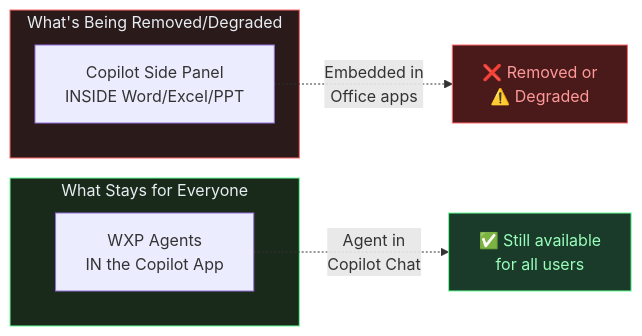
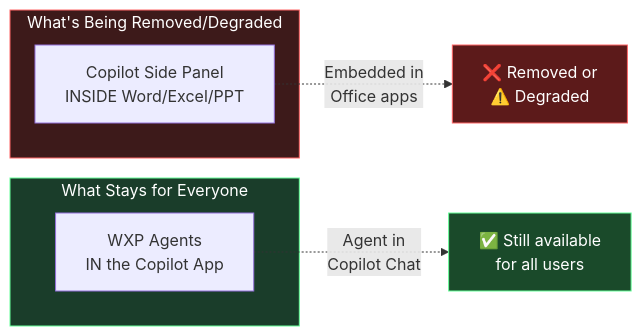
One commit to susanthgit/aguidetocloud-revamp changed the third of 5 diagrams in content/blog/microsoft-365-copilot-chat-april-2026-changes-what-admins-need-to-know.md. Above: the diagram before and after it, drawn with Mermaid. The commit also changed other lines of this file and 1 other file, not shown here.

First line of the commit message:
Fix Mermaid contrast: base theme + white text + brighter fills

````diff
--- a/content/blog/microsoft-365-copilot-chat-april-2026-changes-what-admins-need-to-know.md
+++ b/content/blog/microsoft-365-copilot-chat-april-2026-changes-what-admins-need-to-know.md
@@ -120,15 +120,15 @@
 ```mermaid
 flowchart LR
     subgraph removed["What's Being Removed/Degraded"]
         A["Copilot Side Panel\nINSIDE Word/Excel/PPT"] 
     end
     subgraph stays["What Stays for Everyone"]
         B["WXP Agents\nIN the Copilot App"]
     end
     A -. "Embedded in\nOffice apps" .-> C["❌ Removed or\n⚠️ Degraded"]
     B -. "Agent in\nCopilot Chat" .-> D["✅ Still available\nfor all users"]
-    style removed fill:#2a1a1a,stroke:#ff6666,color:#e6edf3
-    style stays fill:#1a2a1a,stroke:#66ff99,color:#e6edf3
-    style C fill:#4a1a1a,stroke:#ff6666,color:#ff9999
-    style D fill:#1a3a2a,stroke:#66ff99,color:#99ffbb
+    style removed fill:#3d1a1a,stroke:#ff6666,color:#ffffff
+    style stays fill:#1a3d2a,stroke:#66ff99,color:#ffffff
+    style C fill:#5c1a1a,stroke:#ff6666,color:#ffffff
+    style D fill:#1a4a2a,stroke:#66ff99,color:#ffffff
 ```
````
